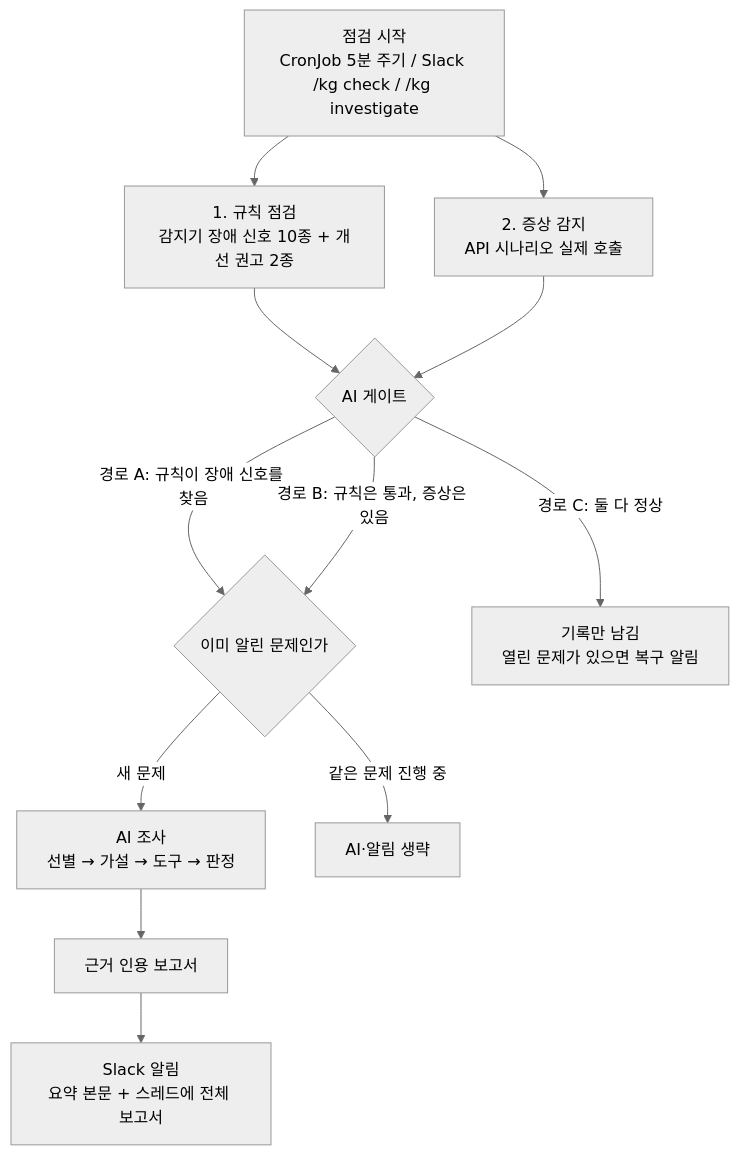
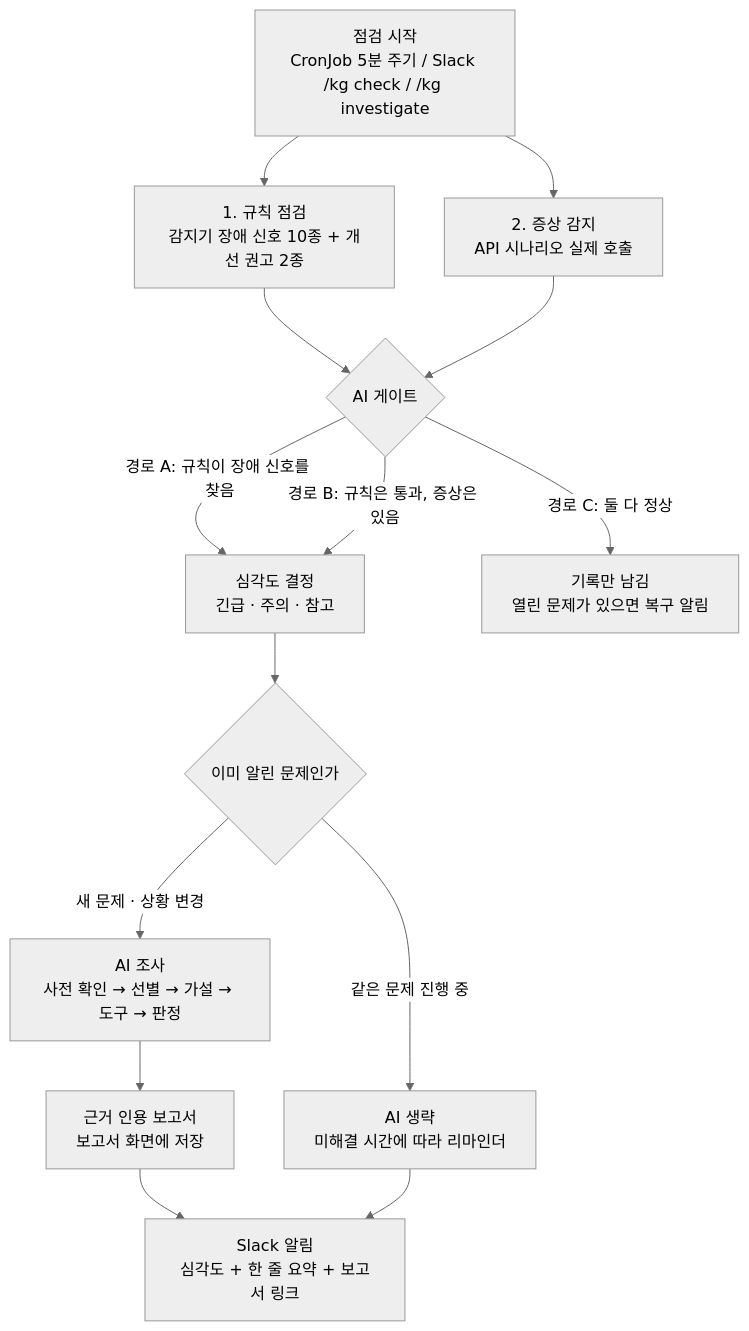
One commit to skax-jihyeryu/KubeGuardian changed the first of 3 diagrams in docs/01-project-proposal.md. Above: the diagram before and after it, drawn with Mermaid (neutral theme). The commit also changed other lines of this file and 6 other files, not shown here.

````diff
--- a/docs/01-project-proposal.md
+++ b/docs/01-project-proposal.md
@@ -79,14 +81,16 @@
 ```mermaid
 flowchart TB
     T[점검 시작<br/>CronJob 5분 주기 / Slack /kg check / /kg investigate] --> R[1. 규칙 점검<br/>감지기 장애 신호 10종 + 개선 권고 2종]
     T --> S[2. 증상 감지<br/>API 시나리오 실제 호출]
     R --> G{AI 게이트}
     S --> G
-    G -->|경로 A: 규칙이 장애 신호를 찾음| D{이미 알린 문제인가}
-    G -->|경로 B: 규칙은 통과, 증상은 있음| D
+    G -->|경로 A: 규칙이 장애 신호를 찾음| SEV[심각도 결정<br/>긴급 · 주의 · 참고]
+    G -->|경로 B: 규칙은 통과, 증상은 있음| SEV
     G -->|경로 C: 둘 다 정상| OK[기록만 남김<br/>열린 문제가 있으면 복구 알림]
-    D -->|새 문제| AI[AI 조사<br/>선별 → 가설 → 도구 → 판정]
-    D -->|같은 문제 진행 중| SKIP[AI·알림 생략]
-    AI --> REP[근거 인용 보고서]
-    REP --> N[Slack 알림<br/>요약 본문 + 스레드에 전체 보고서]
+    SEV --> D{이미 알린 문제인가}
+    D -->|새 문제 · 상황 변경| AI[AI 조사<br/>사전 확인 → 선별 → 가설 → 도구 → 판정]
+    D -->|같은 문제 진행 중| SKIP[AI 생략<br/>미해결 시간에 따라 리마인더]
+    AI --> REP[근거 인용 보고서<br/>보고서 화면에 저장]
+    REP --> N[Slack 알림<br/>심각도 + 한 줄 요약 + 보고서 링크]
+    SKIP --> N
 ```
````
